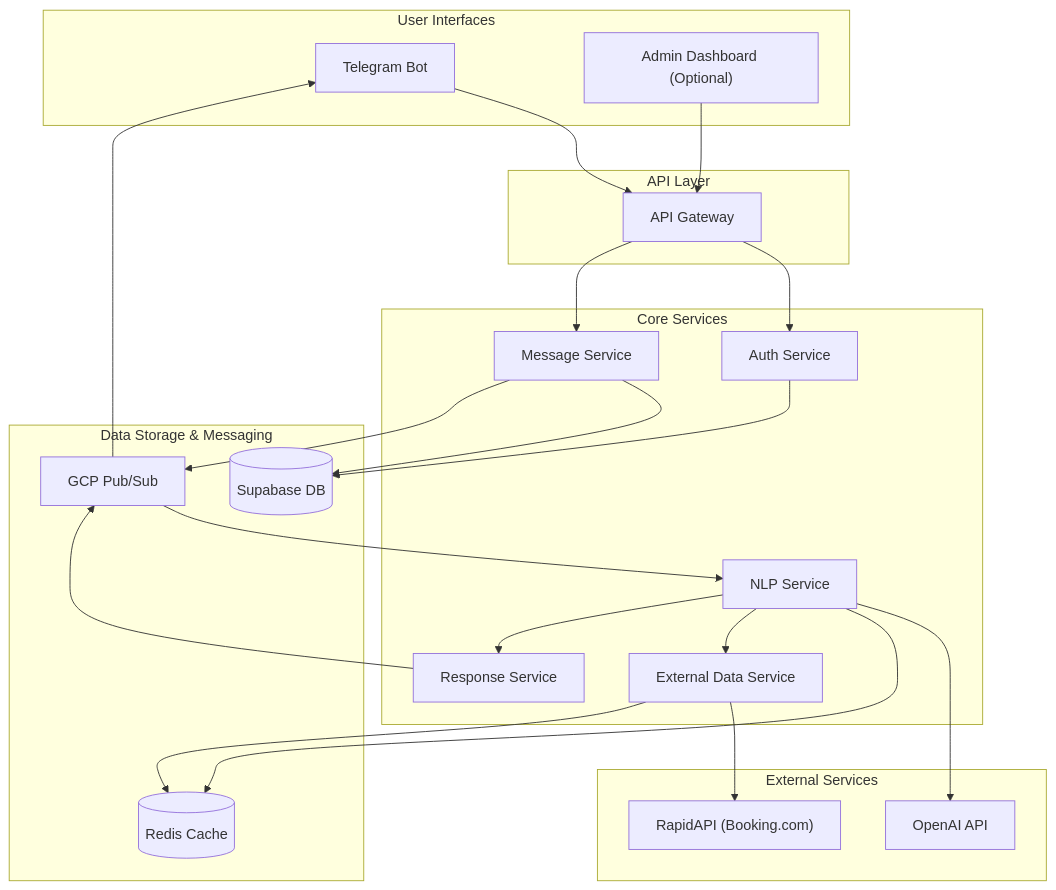
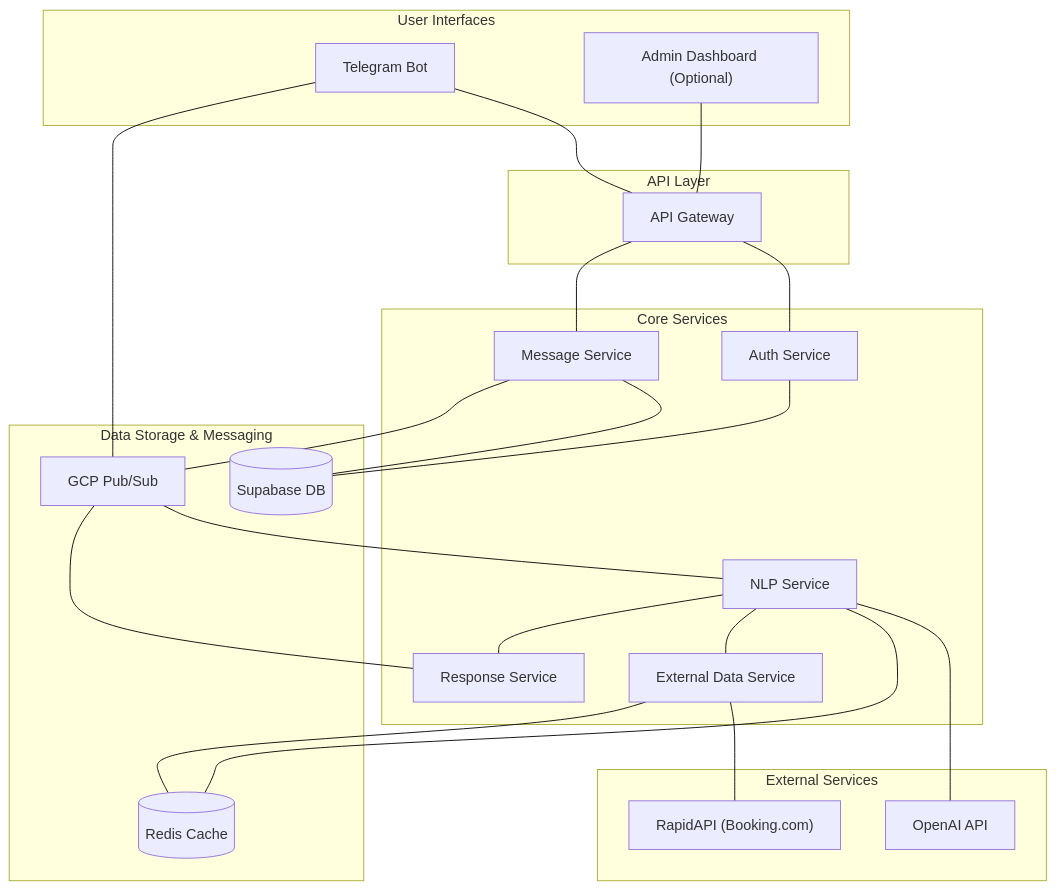
Before and after one commit to esakrissa/modern-isoner: the diagram in README.md, drawn with Mermaid.

Commit message:
Update Mermaid diagram with straight lines for cleaner appearance

````diff
--- a/README.md
+++ b/README.md
@@ -29,53 +29,55 @@
 ```mermaid
-flowchart TD
+graph TD
     subgraph "User Interfaces"
         TB["Telegram Bot"]
         AD["Admin Dashboard (Optional)"]
     end
 
     subgraph "API Layer"
         AG["API Gateway"]
     end
 
     subgraph "Core Services"
         AS["Auth Service"]
         MS["Message Service"]
         NLP["NLP Service"]
         EDS["External Data Service"]
         RS["Response Service"]
     end
 
     subgraph "Data Storage & Messaging"
         SB[(Supabase DB)]
         PS["GCP Pub/Sub"]
         RC[(Redis Cache)]
     end
 
     subgraph "External Services"
         OAI["OpenAI API"]
         RAPI["RapidAPI (Booking.com)"]
     end
 
-    TB --> AG
-    AD --> AG
+    TB --- AG
+    AD --- AG
     
-    AG --> AS
-    AG --> MS
+    AG --- AS
+    AG --- MS
     
-    AS --> SB
-    MS --> SB
-    MS --> PS
+    AS --- SB
+    MS --- SB
+    MS --- PS
     
-    PS --> NLP
-    NLP --> OAI
-    NLP --> RC
+    PS --- NLP
+    NLP --- OAI
+    NLP --- RC
     
-    NLP --> EDS
-    NLP --> RS
+    NLP --- EDS
+    NLP --- RS
     
-    EDS --> RAPI
-    EDS --> RC
+    EDS --- RAPI
+    EDS --- RC
     
-    RS --> PS
-    PS --> TB
+    RS --- PS
+    PS --- TB
+
+    linkStyle default stroke-width:1px,fill:none,stroke:black;
 ```
````
